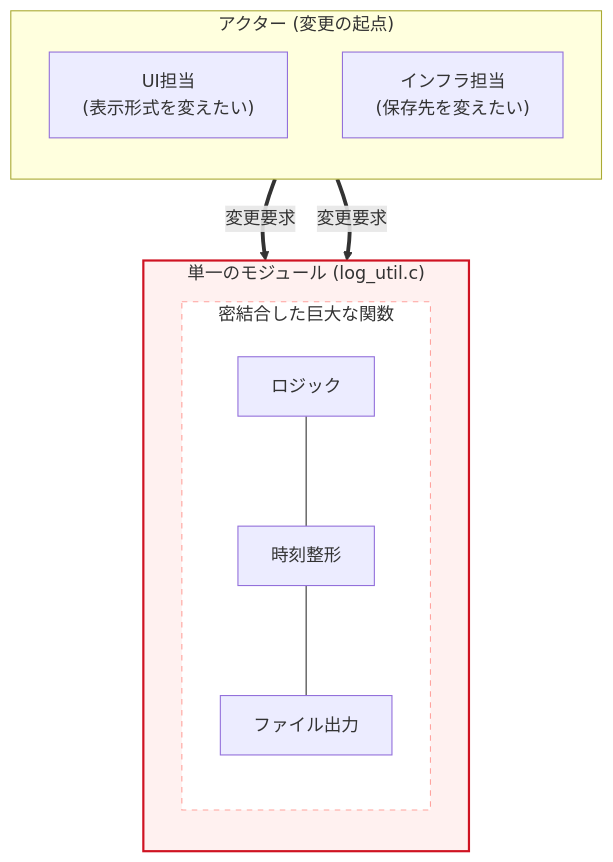
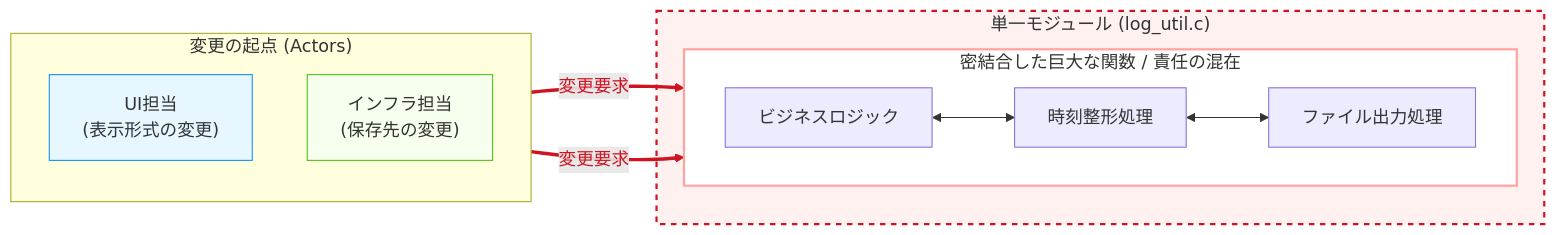
One commit to kumachan1101/BookProject changed the sixth of 7 diagrams in 01_原稿/12_第2部 第8章 単一責任原則 (SRP) 変更の軸を明確にする設計指針_01.md. Above: the diagram before and after it, drawn with Mermaid. The commit also changed other lines of this file and 98 other files, not shown here.

````diff
--- a/01_原稿/12_第2部 第8章 単一責任原則 (SRP) 変更の軸を明確にする設計指針_01.md
+++ b/01_原稿/12_第2部 第8章 単一責任原則 (SRP) 変更の軸を明確にする設計指針_01.md
@@ -486,24 +486,32 @@
 ```mermaid
-graph TB
-      subgraph Actors ["アクター (変更の起点)"]
-          direction TB
-          UI["UI担当<br/>(表示形式を変えたい)"]
-          Infra["インフラ担当<br/>(保存先を変えたい)"]
-      end
+graph LR
+    subgraph Actors ["変更の起点 (Actors)"]
+        direction TB
+        A1[" UI担当<br/>(表示形式の変更)"]
+        A2[" インフラ担当<br/>(保存先の変更)"]
+    end
 
-      subgraph Module ["単一のモジュール (log_util.c)"]
-          direction TB
-          subgraph Bloat ["密結合した巨大な関数"]
-              direction TB
-              Logic["ロジック"] --- Formatter["時刻整形"] --- Storage["ファイル出力"]
-          end
-      end
+    subgraph Module ["単一モジュール (log_util.c)"]
+        subgraph Bloat ["密結合した巨大な関数 / 責任の混在"]
+            direction LR
+            Logic["ビジネスロジック"]
+            Formatter["時刻整形処理"]
+            Storage["ファイル出力処理"]
+            
+            %% 内部の密結合
+            Logic <--> Formatter
+            Formatter <--> Storage
+        end
+    end
 
-      %% 変更の圧力が1つのモジュールに集中している様子
-      UI ==>|"変更要求"| Formatter
-      Infra ==>|"変更要求"| Storage
+    %% 変更の圧力（赤い太線で強調）
+    A1 ==>|変更要求| Formatter
+    A2 ==>|変更要求| Storage
 
-      %% スタイル
-      style Module fill:#fff1f0,stroke:#cf1322,stroke-width:2px
-      style Bloat fill:#ffffff,stroke:#ffa39e,stroke-dasharray: 5 5
+    %% スタイル定義
+    style Module fill:#fff1f0,stroke:#cf1322,stroke-width:2px,stroke-dasharray: 5 5
+    style Bloat fill:#fff,stroke:#ffa39e,stroke-width:2px
+    style A1 fill:#e6f7ff,stroke:#1890ff
+    style A2 fill:#f6ffed,stroke:#52c41a
+    linkStyle 2,3 stroke:#cf1322,stroke-width:3px,color:#cf1322
 ```
````
